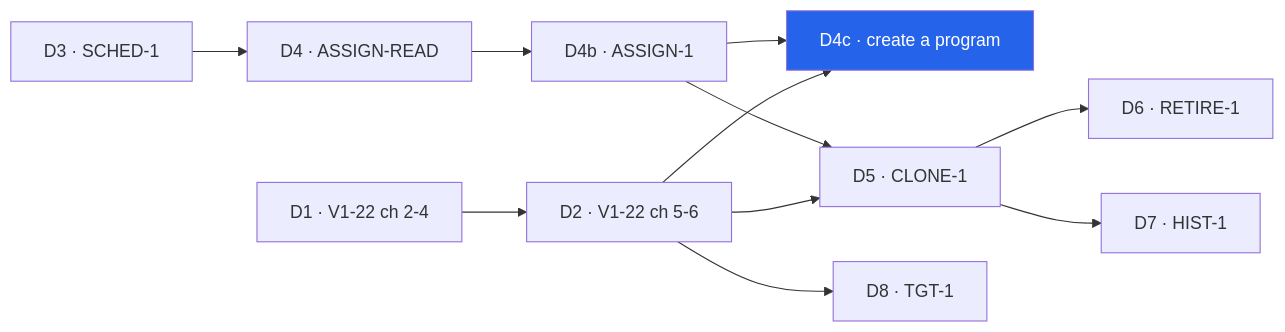
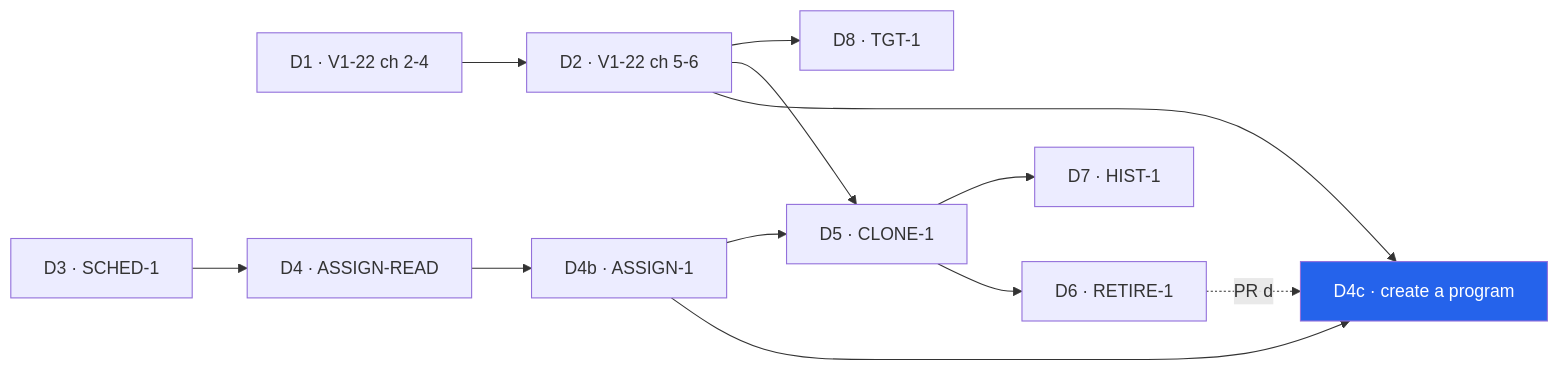
Before and after one commit to ralamode/mat-plan: the diagram in docs/plans/v1-22-a4-create-program.md, drawn with Mermaid. The commit also changed other lines of this file and 10 other files, not shown here.

````diff
--- a/docs/plans/v1-22-a4-create-program.md
+++ b/docs/plans/v1-22-a4-create-program.md
@@ -42,14 +53,15 @@
 ```mermaid
 flowchart LR
   D1[D1 · V1-22 ch 2-4] --> D2[D2 · V1-22 ch 5-6]
   D3[D3 · SCHED-1] --> D4[D4 · ASSIGN-READ]
   D4 --> D4b[D4b · ASSIGN-1]
   D4b --> D4c[D4c · create a program]
   D2 --> D4c
   D4b --> D5[D5 · CLONE-1]
   D2 --> D5
   D5 --> D6[D6 · RETIRE-1]
+  D6 -. PR d .-> D4c
   D5 --> D7[D7 · HIST-1]
   D2 --> D8[D8 · TGT-1]
   style D4c fill:#2563eb,color:#fff
 ```
````
